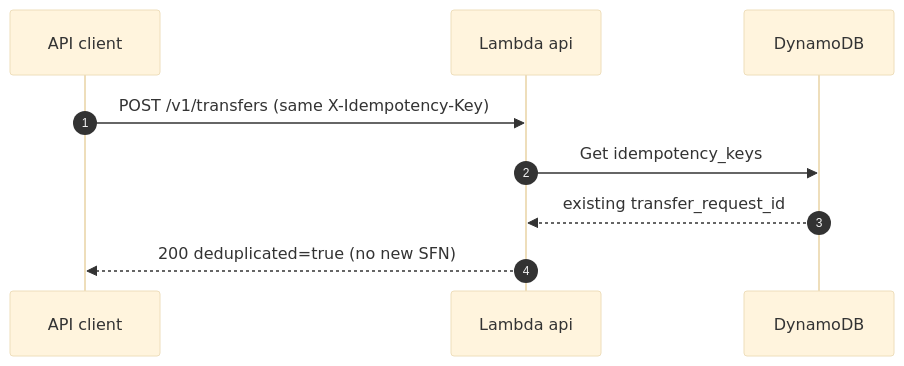
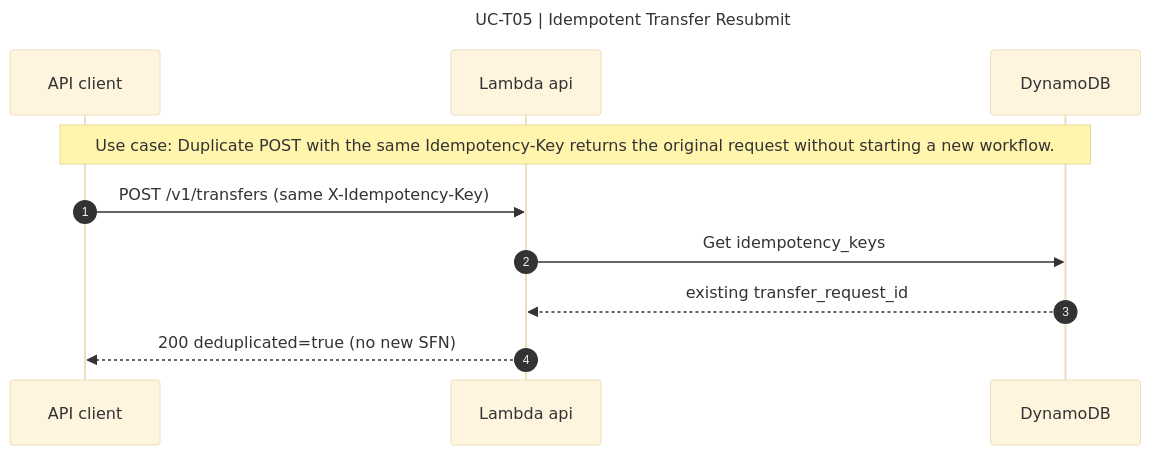
Before and after one commit to bayareala8s/BayRelayAI: the diagram in docs/sequence-diagrams/mmd/UC-T05.mmd, drawn with Mermaid (base theme). The commit also changed 68 other files, not shown here.

First line of the commit message:
Add title and use-case labels to all sequence diagrams.

```diff
--- a/docs/sequence-diagrams/mmd/UC-T05.mmd
+++ b/docs/sequence-diagrams/mmd/UC-T05.mmd
@@ -1,10 +1,14 @@
+---
+title: UC-T05 | Idempotent Transfer Resubmit
+---
 sequenceDiagram
   autonumber
   participant Client as API client
   participant API as Lambda api
   participant DDB as DynamoDB
+  Note over Client,DDB: Use case: Duplicate POST with the same Idempotency-Key returns the original request without starting a new workflow.
 
   Client->>API: POST /v1/transfers (same X-Idempotency-Key)
   API->>DDB: Get idempotency_keys
   DDB-->>API: existing transfer_request_id
   API-->>Client: 200 deduplicated=true (no new SFN)
```
